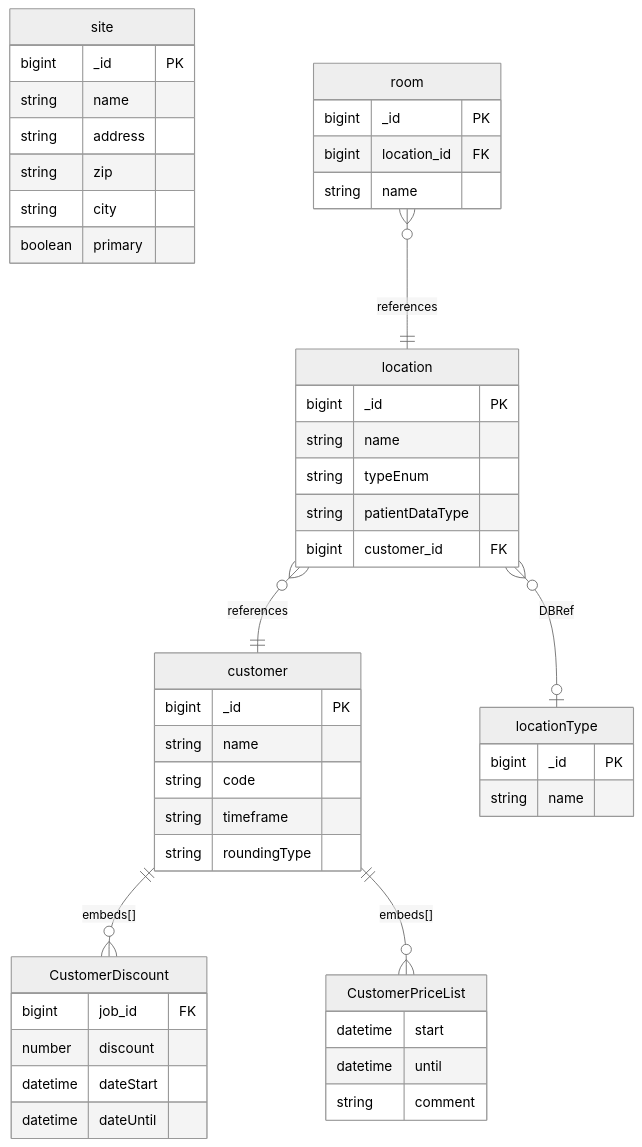
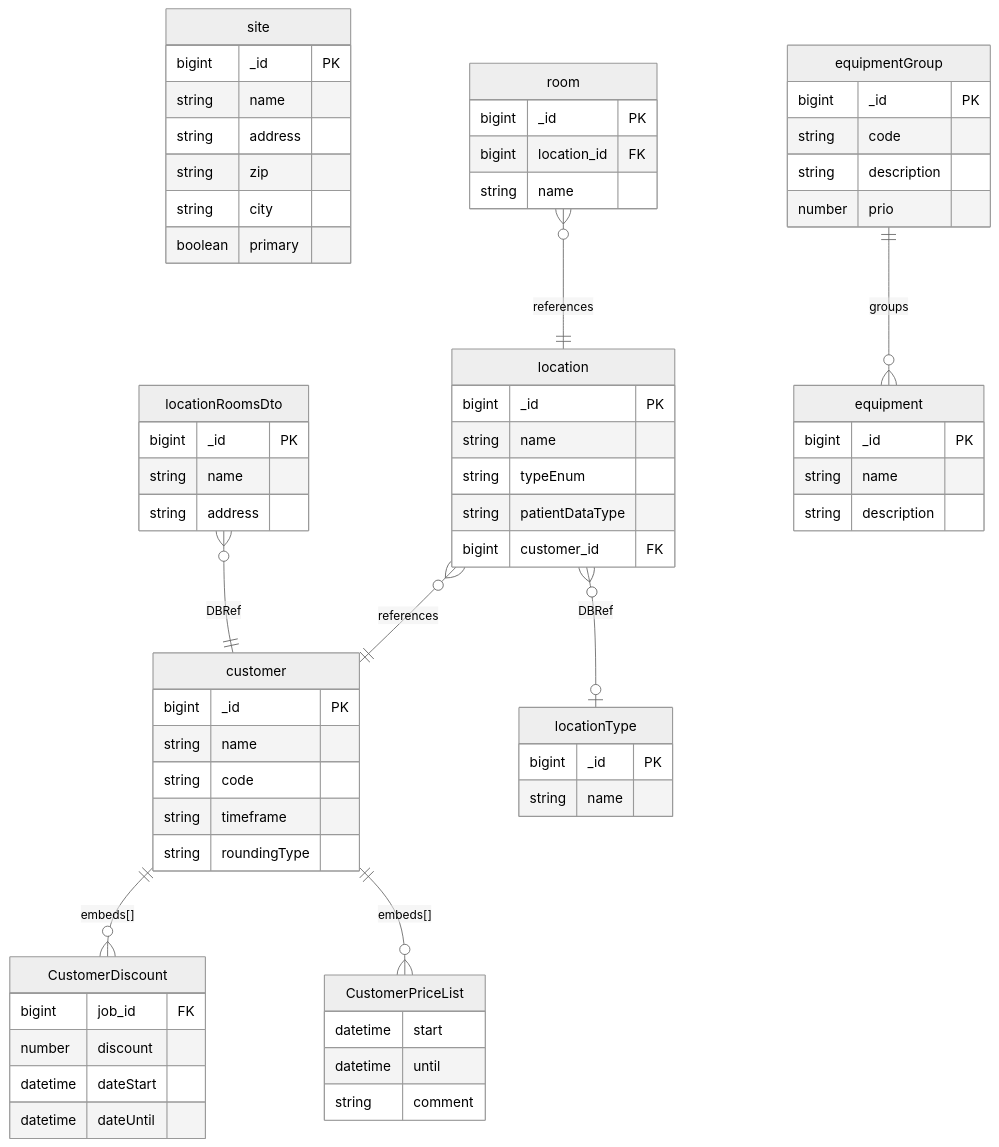
Before and after one commit to RaphaelBossek/BearStudio-start-ui-web: the diagram in specs/mongodb-mapping/customer.md, drawn with Mermaid (neutral theme). The commit also changed other lines of this file and 3 other files, not shown here.

First line of the commit message:
docs(specs): reclassify room, equipment, and locationRoomsDto entities to customer domain

````diff
--- a/specs/mongodb-mapping/customer.md
+++ b/specs/mongodb-mapping/customer.md
@@ -13,51 +13,69 @@
 ```mermaid
 erDiagram
     customer {
         bigint _id PK
         string name
         string code
         string timeframe
         string roundingType
     }
     location {
         bigint _id PK
         string name
         string typeEnum
         string patientDataType
         bigint customer_id FK
     }
     locationType {
         bigint _id PK
         string name
     }
     site {
         bigint _id PK
         string name
         string address
         string zip
         string city
         boolean primary
     }
     room {
         bigint _id PK
         bigint location_id FK
         string name
     }
+    locationRoomsDto {
+        bigint _id PK
+        string name
+        string address
+    }
+    equipmentGroup {
+        bigint _id PK
+        string code
+        string description
+        number prio
+    }
+    equipment {
+        bigint _id PK
+        string name
+        string description
+    }
     CustomerDiscount {
         bigint job_id FK
         number discount
         datetime dateStart
         datetime dateUntil
     }
     CustomerPriceList {
         datetime start
         datetime until
         string comment
     }
 
     customer ||--o{ CustomerDiscount : "embeds[]"
     customer ||--o{ CustomerPriceList : "embeds[]"
     location }o--|| customer : "references"
     location }o--o| locationType : "DBRef"
     room }o--|| location : "references"
+    locationRoomsDto }o--|| customer : "DBRef"
+    equipmentGroup ||--o{ equipment : "groups"
 ```
````
